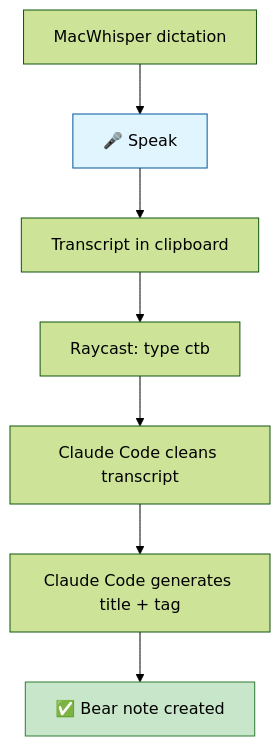
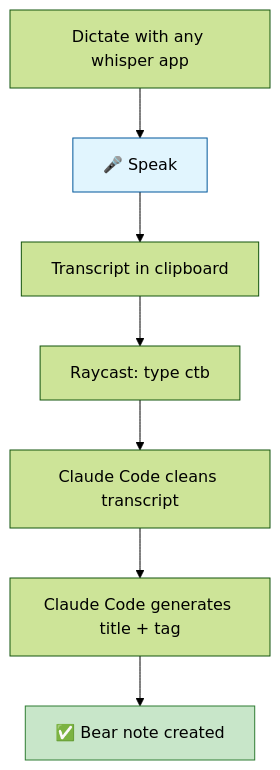
Before and after one commit to gaiar/voice-to-claude-raycast: the sixth of 6 diagrams in README.md, drawn with Mermaid (forest theme). The commit also changed other lines of this file and 5 other files, not shown here.

First line of the commit message:
feat: support multiple whisper apps (MacWhisper, Superwhisper)

````diff
--- a/README.md
+++ b/README.md
@@ -90,12 +90,12 @@
 ```mermaid
 flowchart TD
-    A[MacWhisper dictation] --> B[🎤 Speak]
+    A[Dictate with any whisper app] --> B[🎤 Speak]
     B --> C[Transcript in clipboard]
     C --> D[Raycast: type ctb]
     D --> E[Claude Code cleans transcript]
     E --> F[Claude Code generates title + tag]
     F --> G[✅ Bear note created]
 
     style B fill:#e1f5fe,stroke:#01579b
     style G fill:#c8e6c9,stroke:#2e7d32
 ```
````
